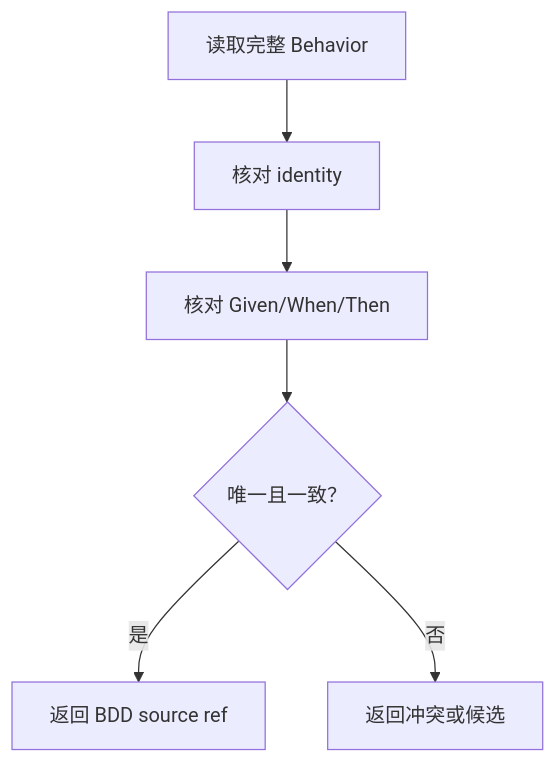
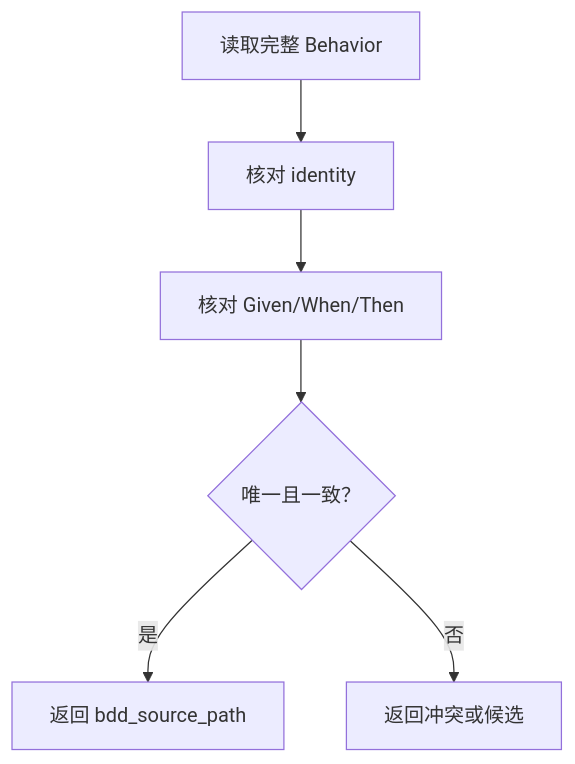
The second of 2 diagrams in assets/scout/skills/tool-guru-knowledge/SKILL.md (daihothot/scout), drawn with Mermaid before and after one commit. The commit also changed other lines of this file and 11 other files, not shown here.

First line of the commit message:
docs(rbt): align main-flow Skills with structured Artifact handoffs

````diff
--- a/assets/scout/skills/tool-guru-knowledge/SKILL.md
+++ b/assets/scout/skills/tool-guru-knowledge/SKILL.md
@@ -182,8 +183,8 @@
 ```mermaid
 flowchart TD
   A["读取完整 Behavior"] --> B["核对 identity"]
   B --> C["核对 Given/When/Then"]
   C --> D{"唯一且一致？"}
-  D -- "是" --> E["返回 BDD source ref"]
+  D -- "是" --> E["返回 bdd_source_path"]
   D -- "否" --> F["返回冲突或候选"]
 ```
````
